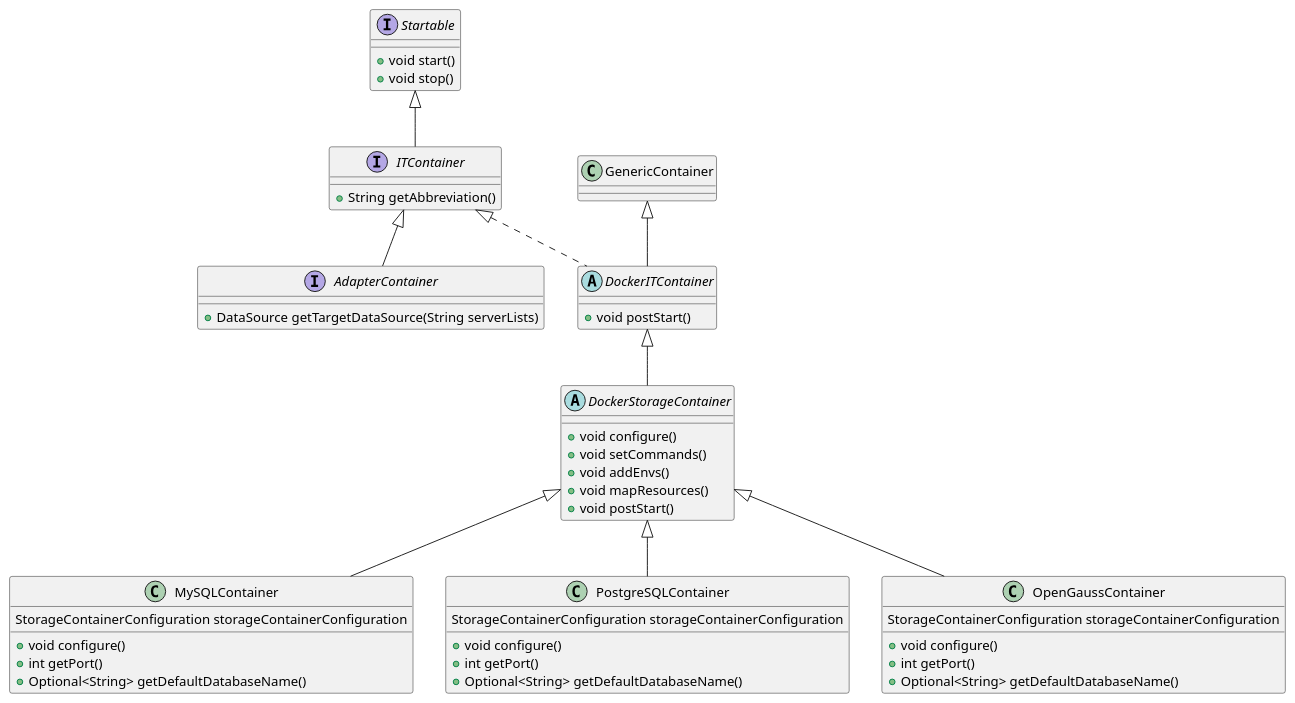
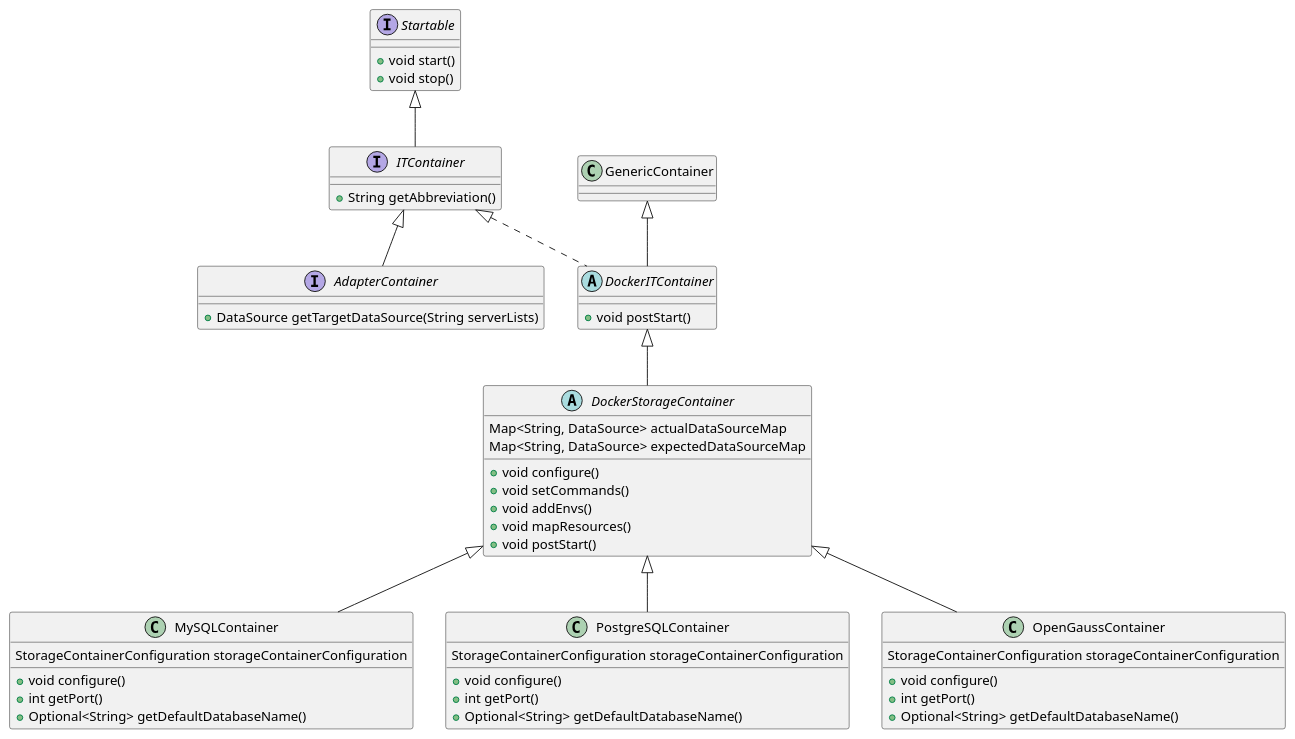
Before and after one commit to taojintianxia/github-action-codecov: the diagram in shardingsphere/it-refactor/Container.puml, drawn with PlantUML.

Commit message:
Add : add new attribute

```diff
--- a/shardingsphere/it-refactor/Container.puml
+++ b/shardingsphere/it-refactor/Container.puml
@@ -1,63 +1,65 @@
 @startuml
 'https://plantuml.com/class-diagram
 
 interface Startable {
     +void start()
     +void stop()
 }
 
 interface ITContainer {
     +String getAbbreviation()
 }
 
 interface AdapterContainer {
     +DataSource getTargetDataSource(String serverLists)
 }
 
 class GenericContainer
 
 abstract DockerITContainer {
     +void postStart()
 }
 
 abstract DockerStorageContainer {
+    Map<String, DataSource> actualDataSourceMap
+    Map<String, DataSource> expectedDataSourceMap
     +void configure()
     +void setCommands()
     +void addEnvs()
     +void mapResources()
     +void postStart()
 }
 
 class MySQLContainer {
     StorageContainerConfiguration storageContainerConfiguration
     +void configure()
     +int getPort()
     +Optional<String> getDefaultDatabaseName()
 }
 
 class PostgreSQLContainer {
     StorageContainerConfiguration storageContainerConfiguration
     +void configure()
     +int getPort()
     +Optional<String> getDefaultDatabaseName()
 }
 
 class OpenGaussContainer {
     StorageContainerConfiguration storageContainerConfiguration
     +void configure()
     +int getPort()
     +Optional<String> getDefaultDatabaseName()
 }
 
 Startable <|-- ITContainer
 ITContainer <|-- AdapterContainer
 GenericContainer <|-- DockerITContainer
 ITContainer <|.. DockerITContainer
 
 DockerITContainer <|-- DockerStorageContainer
 
 DockerStorageContainer <|-- MySQLContainer
 DockerStorageContainer <|-- PostgreSQLContainer
 DockerStorageContainer <|-- OpenGaussContainer
 
 @enduml
```
